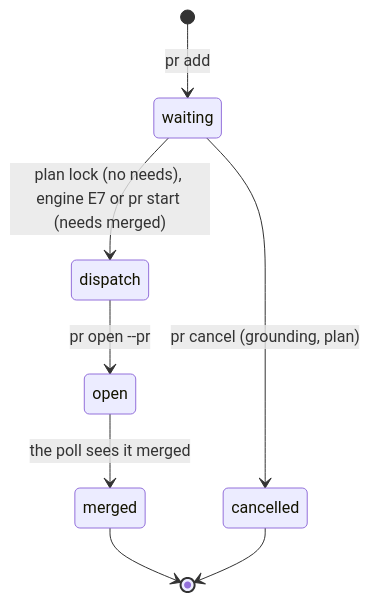
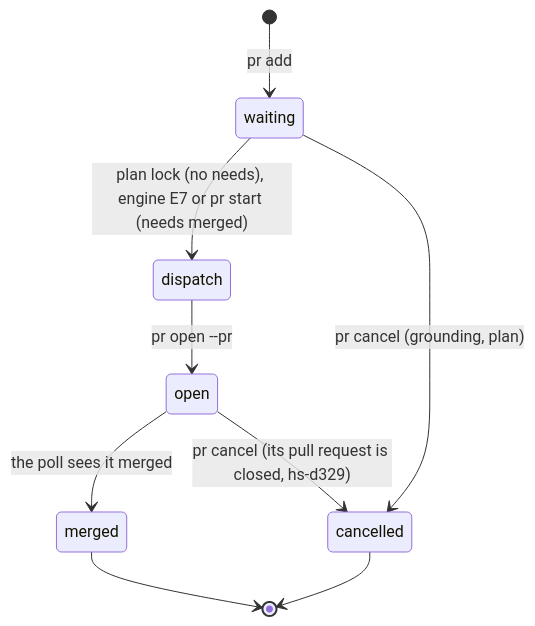
The fifth of 5 diagrams in docs/contract.md (clayton-duarte/cpd), drawn with Mermaid before and after one commit. The commit also changed other lines of this file and 1 other file, not shown here.

First line of the commit message:
docs: ready, never a draft; pr open base check; pr cancel of a closed open PR (hs-d329)

````diff
--- a/docs/contract.md
+++ b/docs/contract.md
@@ -723,10 +723,11 @@
 ```mermaid
 stateDiagram-v2
   [*] --> waiting: pr add
   waiting --> dispatch: plan lock (no needs), engine E7 or pr start (needs merged)
   waiting --> cancelled: pr cancel (grounding, plan)
   dispatch --> open: pr open --pr
   open --> merged: the poll sees it merged
+  open --> cancelled: pr cancel (its pull request is closed, hs-d329)
   merged --> [*]
   cancelled --> [*]
 ```
````
